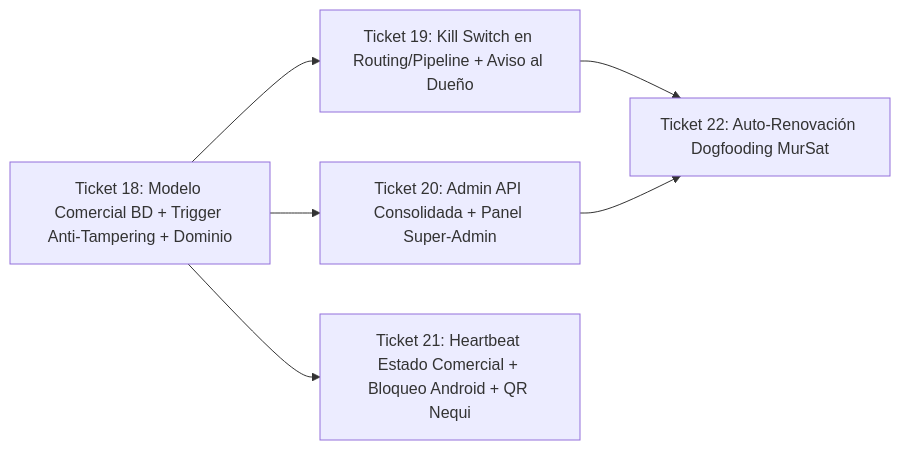
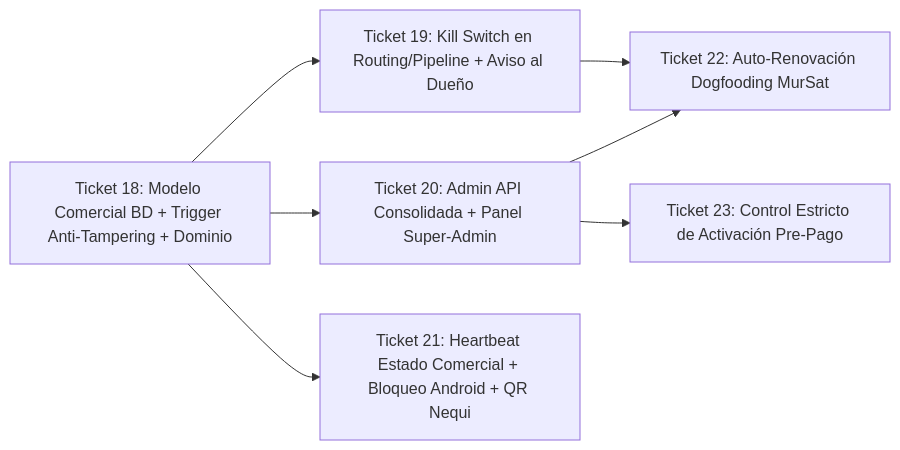
The diagram in docs/roadmap/fase-3-tickets.md (yeisonms/transferYA), drawn with Mermaid before and after one commit. The commit also changed other lines of this file, not shown here.

Commit message:
docs(roadmap): add Ticket 23 for strict pre-paid activation and superadmin approval

````diff
--- a/docs/roadmap/fase-3-tickets.md
+++ b/docs/roadmap/fase-3-tickets.md
@@ -9,8 +9,9 @@
 ```mermaid
 flowchart LR
     T18["Ticket 18: Modelo Comercial BD + Trigger Anti-Tampering + Dominio"] --> T19["Ticket 19: Kill Switch en Routing/Pipeline + Aviso al Dueño"]
     T18 --> T20["Ticket 20: Admin API Consolidada + Panel Super-Admin"]
     T18 --> T21["Ticket 21: Heartbeat Estado Comercial + Bloqueo Android + QR Nequi"]
     T19 --> T22["Ticket 22: Auto-Renovación Dogfooding MurSat"]
     T20 --> T22
+    T20 --> T23["Ticket 23: Control Estricto de Activación Pre-Pago"]
 ```
````
